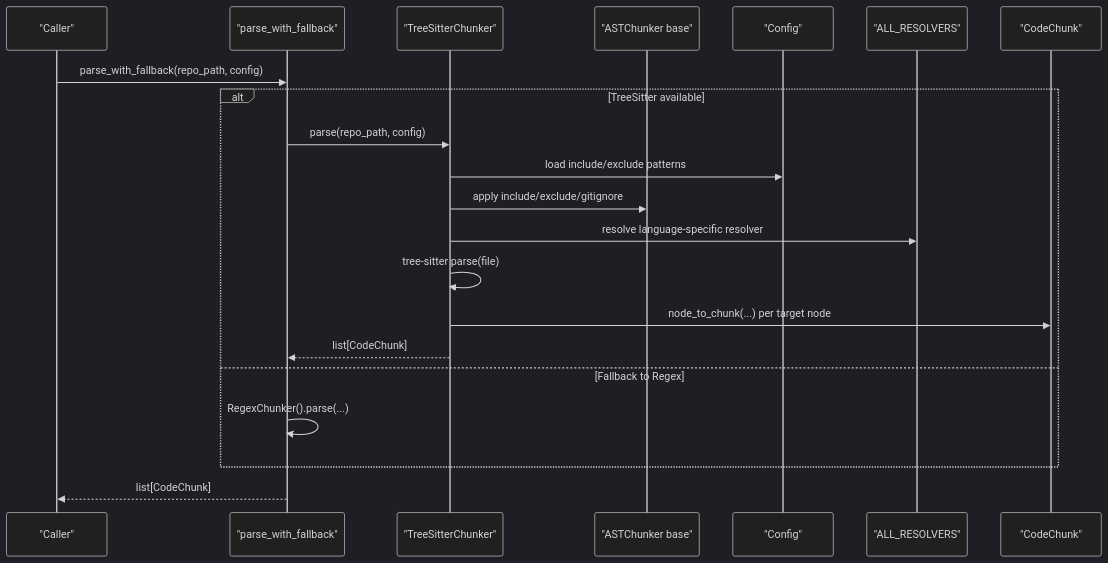
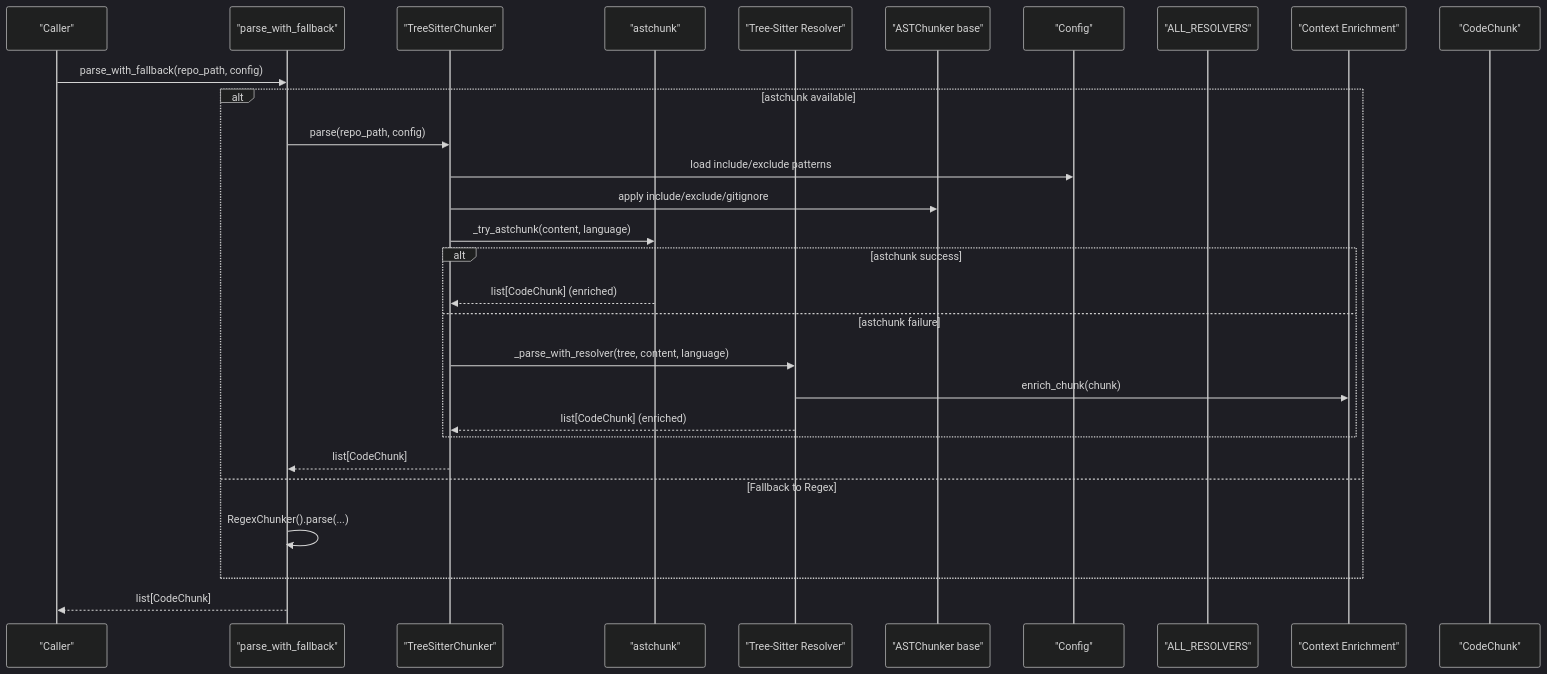
The second of 5 diagrams in .qoder/repowiki/en/content/Core Modules/Chunker System/AST Chunking Core.md (maemreyo/zmr-ctx-paker), drawn with Mermaid (dark theme) before and after one commit. The commit also changed other lines of this file and 25 other files, not shown here.

````diff
--- a/.qoder/repowiki/en/content/Core Modules/Chunker System/AST Chunking Core.md
+++ b/.qoder/repowiki/en/content/Core Modules/Chunker System/AST Chunking Core.md
@@ -123,23 +137,31 @@
 ```mermaid
 sequenceDiagram
 participant Caller as "Caller"
 participant Fallback as "parse_with_fallback"
 participant TS as "TreeSitterChunker"
+participant AST as "astchunk"
+participant Resolver as "Tree-Sitter Resolver"
 participant Base as "ASTChunker base"
 participant CFG as "Config"
 participant RES as "ALL_RESOLVERS"
+participant ENR as "Context Enrichment"
 participant MOD as "CodeChunk"
 Caller->>Fallback : parse_with_fallback(repo_path, config)
-alt TreeSitter available
+alt astchunk available
 Fallback->>TS : parse(repo_path, config)
 TS->>CFG : load include/exclude patterns
 TS->>Base : apply include/exclude/gitignore
-TS->>RES : resolve language-specific resolver
-TS->>TS : tree-sitter parse(file)
-TS->>MOD : node_to_chunk(...) per target node
+TS->>AST : _try_astchunk(content, language)
+alt astchunk success
+AST-->>TS : list[CodeChunk] (enriched)
+else astchunk failure
+TS->>Resolver : _parse_with_resolver(tree, content, language)
+Resolver->>ENR : enrich_chunk(chunk)
+Resolver-->>TS : list[CodeChunk] (enriched)
+end
 TS-->>Fallback : list[CodeChunk]
 else Fallback to Regex
 Fallback->>Fallback : RegexChunker().parse(...)
 end
 Fallback-->>Caller : list[CodeChunk]
 ```
````
